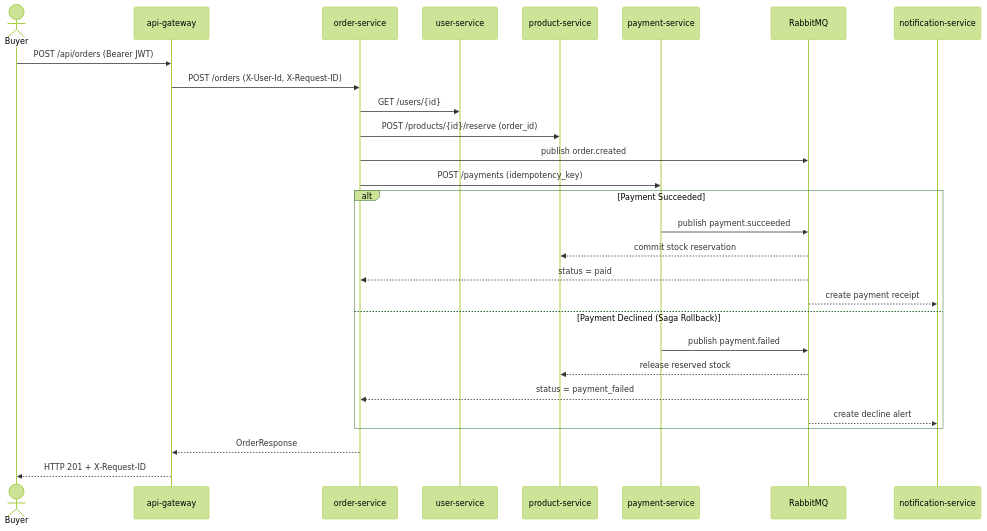
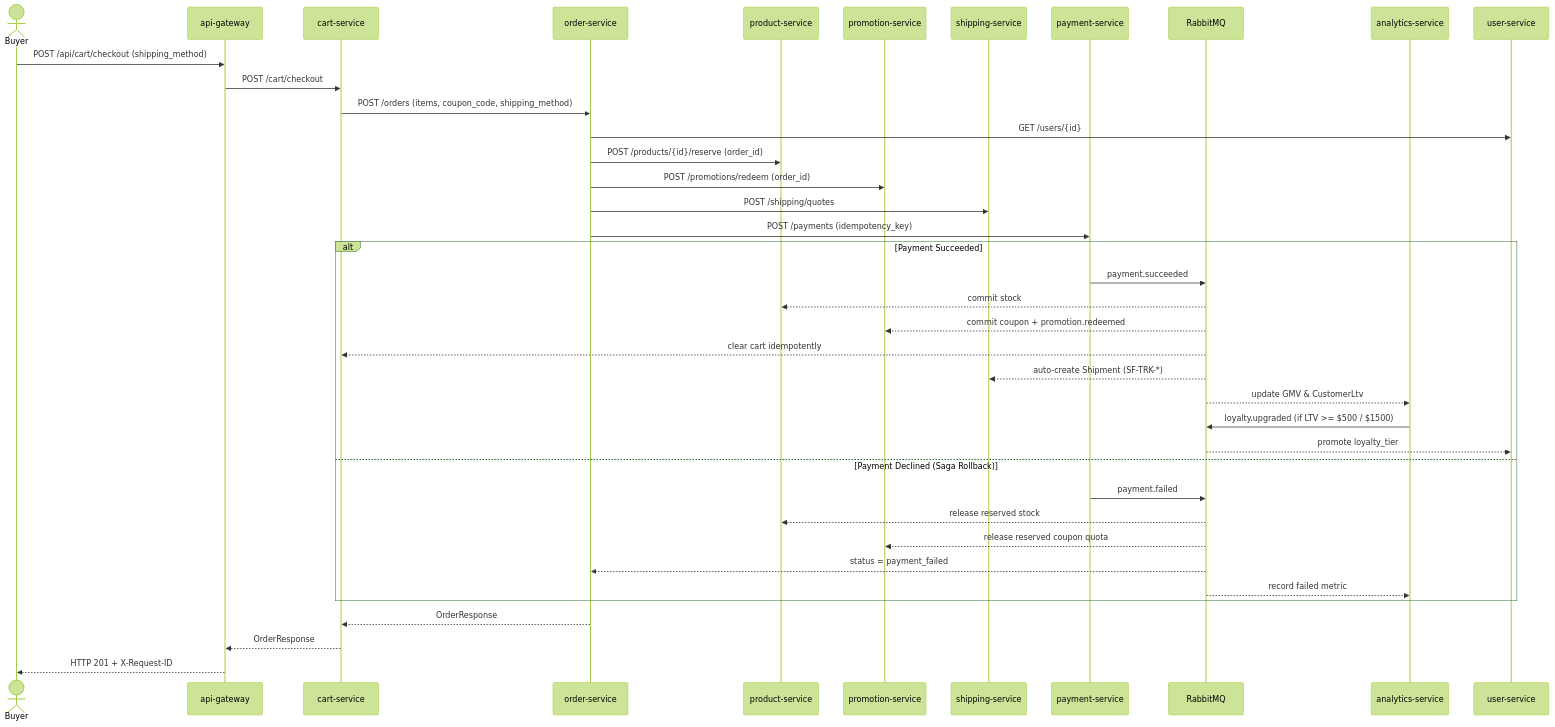
One commit to kboddya/PAD-LAB2 changed the second of 3 diagrams in README.md. Above: the diagram before and after it, drawn with Mermaid (forest theme). The commit also changed other lines of this file and 4 other files, not shown here.

````diff
--- a/README.md
+++ b/README.md
@@ -82,31 +99,42 @@
 ```mermaid
 sequenceDiagram
     actor Buyer
     participant GW as api-gateway
+    participant Cart as cart-service
     participant Order as order-service
-    participant User as user-service
     participant Prod as product-service
+    participant Promo as promotion-service
+    participant Ship as shipping-service
     participant Pay as payment-service
     participant MQ as RabbitMQ
-    participant Notif as notification-service
+    participant Ana as analytics-service
+    participant User as user-service
 
-    Buyer->>GW: POST /api/orders (Bearer JWT)
-    GW->>Order: POST /orders (X-User-Id, X-Request-ID)
+    Buyer->>GW: POST /api/cart/checkout (shipping_method)
+    GW->>Cart: POST /cart/checkout
+    Cart->>Order: POST /orders (items, coupon_code, shipping_method)
     Order->>User: GET /users/{id}
     Order->>Prod: POST /products/{id}/reserve (order_id)
-    Order->>MQ: publish order.created
+    Order->>Promo: POST /promotions/redeem (order_id)
+    Order->>Ship: POST /shipping/quotes
     Order->>Pay: POST /payments (idempotency_key)
     alt Payment Succeeded
-        Pay->>MQ: publish payment.succeeded
-        MQ-->>Prod: commit stock reservation
-        MQ-->>Order: status = paid
-        MQ-->>Notif: create payment receipt
+        Pay->>MQ: payment.succeeded
+        MQ-->>Prod: commit stock
+        MQ-->>Promo: commit coupon + promotion.redeemed
+        MQ-->>Cart: clear cart idempotently
+        MQ-->>Ship: auto-create Shipment (SF-TRK-*)
+        MQ-->>Ana: update GMV & CustomerLtv
+        Ana->>MQ: loyalty.upgraded (if LTV >= $500 / $1500)
+        MQ-->>User: promote loyalty_tier
     else Payment Declined (Saga Rollback)
-        Pay->>MQ: publish payment.failed
+        Pay->>MQ: payment.failed
         MQ-->>Prod: release reserved stock
+        MQ-->>Promo: release reserved coupon quota
         MQ-->>Order: status = payment_failed
-        MQ-->>Notif: create decline alert
+        MQ-->>Ana: record failed metric
     end
-    Order-->>GW: OrderResponse
+    Order-->>Cart: OrderResponse
+    Cart-->>GW: OrderResponse
     GW-->>Buyer: HTTP 201 + X-Request-ID
 ```
````
